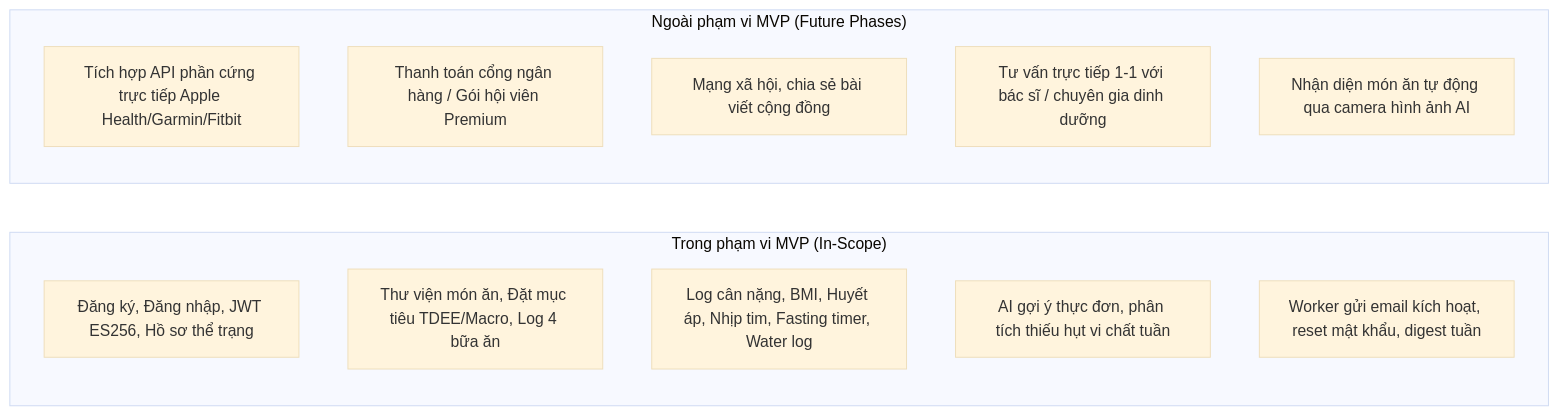
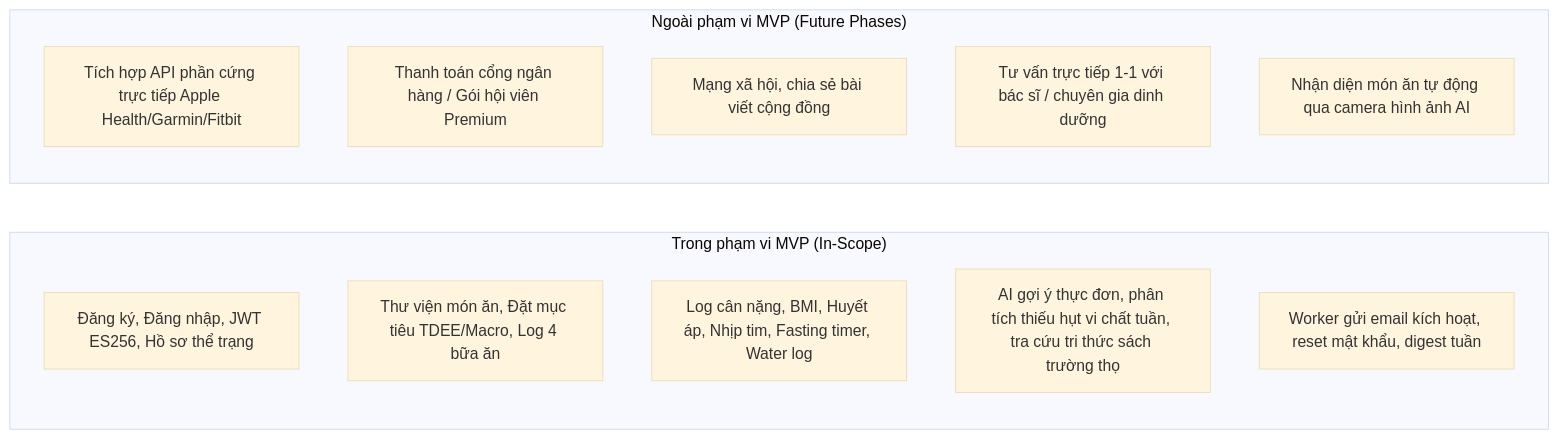
The second of 2 diagrams in docs/requirements/brd.md (fa26-prn232-group2/longevia-be), drawn with Mermaid (base theme) before and after one commit. The commit also changed other lines of this file and 10 other files, not shown here.

````diff
--- a/docs/requirements/brd.md
+++ b/docs/requirements/brd.md
@@ -95,18 +99,18 @@
 ```mermaid
 graph LR
     subgraph IN_SCOPE["Trong phạm vi MVP (In-Scope)"]
         A[Đăng ký, Đăng nhập, JWT ES256, Hồ sơ thể trạng]
         B[Thư viện món ăn, Đặt mục tiêu TDEE/Macro, Log 4 bữa ăn]
         C[Log cân nặng, BMI, Huyết áp, Nhịp tim, Fasting timer, Water log]
-        D[AI gợi ý thực đơn, phân tích thiếu hụt vi chất tuần]
+        D[AI gợi ý thực đơn, phân tích thiếu hụt vi chất tuần, tra cứu tri thức sách trường thọ]
         E[Worker gửi email kích hoạt, reset mật khẩu, digest tuần]
     end
 
     subgraph OUT_OF_SCOPE["Ngoài phạm vi MVP (Future Phases)"]
         F[Tích hợp API phần cứng trực tiếp Apple Health/Garmin/Fitbit]
         G[Thanh toán cổng ngân hàng / Gói hội viên Premium]
         H[Mạng xã hội, chia sẻ bài viết cộng đồng]
         I[Tư vấn trực tiếp 1-1 với bác sĩ / chuyên gia dinh dưỡng]
         J[Nhận diện món ăn tự động qua camera hình ảnh AI]
     end
 ```
````
